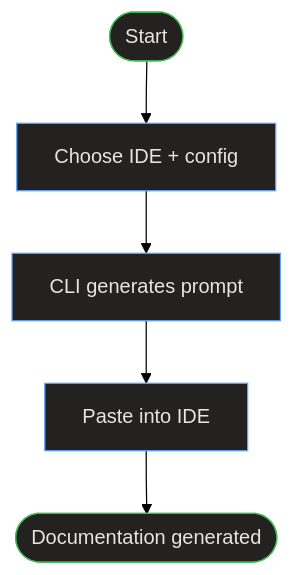
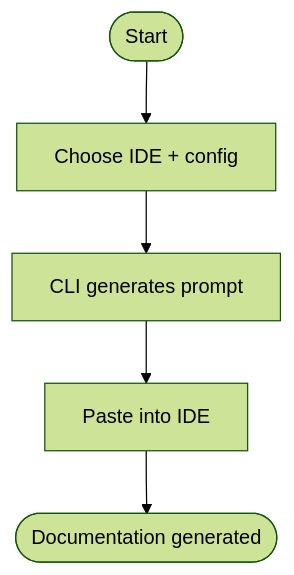
Before and after one commit to relukdev/doc-kit: the diagram in astro-site/src/content/docs/sop/using-cli.md, drawn with Mermaid (forest theme). The commit also changed 48 other files, not shown here.

First line of the commit message:
fix: remove hard-coded Mermaid dark-mode colors, use native themes for light/dark

````diff
--- a/astro-site/src/content/docs/sop/using-cli.md
+++ b/astro-site/src/content/docs/sop/using-cli.md
@@ -27,16 +27,11 @@
 ```mermaid
 graph TB
-    style S fill:#232221,stroke:#3fb950,color:#E8E5DF
-    style E fill:#232221,stroke:#3fb950,color:#E8E5DF
-    style A fill:#232221,stroke:#60A5FA,color:#E8E5DF
-    style B fill:#232221,stroke:#60A5FA,color:#E8E5DF
-    style C fill:#232221,stroke:#60A5FA,color:#E8E5DF
 
     S(["Start"])
     A["Choose IDE + config"]
     B["CLI generates prompt"]
     C["Paste into IDE"]
     E(["Documentation generated"])
 
     S --> A --> B --> C --> E
 ```
````
